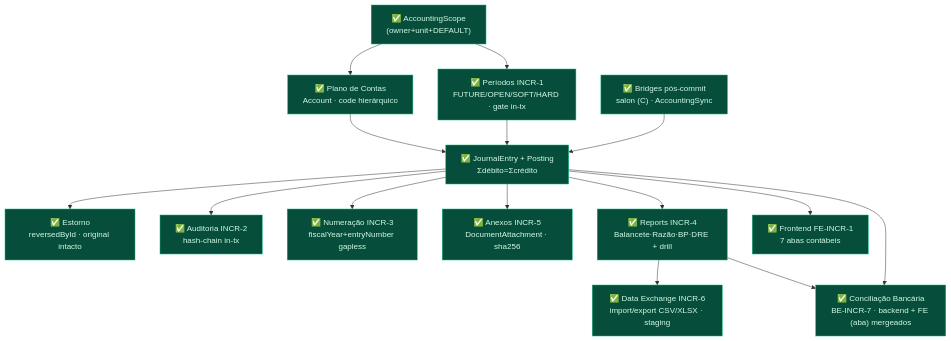
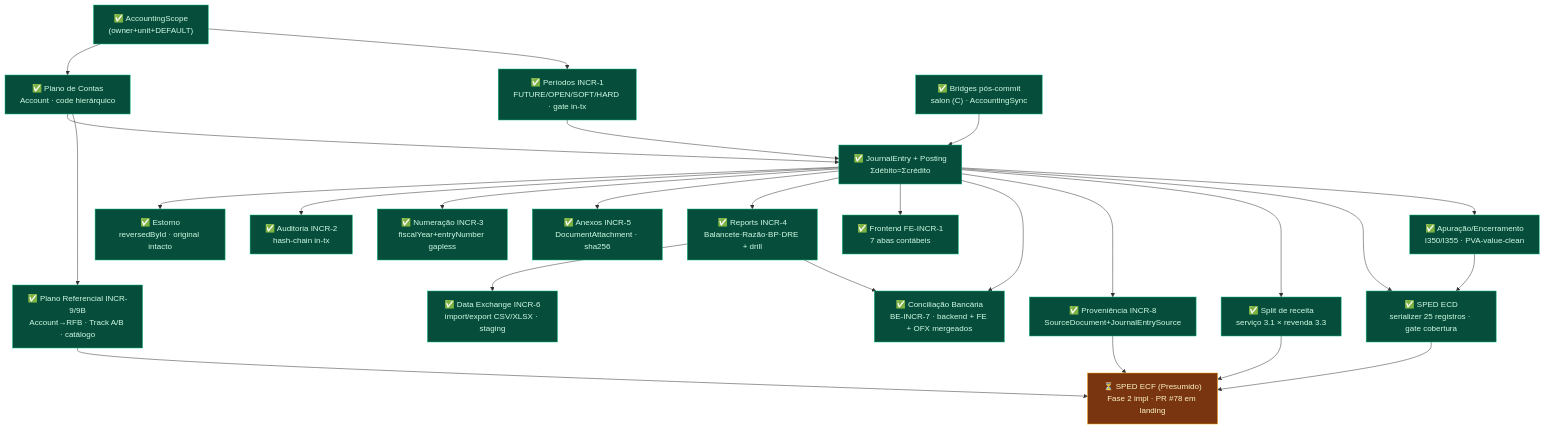
The diagram in docs/accounting/ACCOUNTING-MASTER-MAP.md (web3br1/luminaristest), drawn with Mermaid before and after one commit. The commit also changed other lines of this file, not shown here.

First line of the commit message:
docs(accounting): reconciliar master map com main (ECD/Apuração/Split/9B) + skill-audit

````diff
--- a/docs/accounting/ACCOUNTING-MASTER-MAP.md
+++ b/docs/accounting/ACCOUNTING-MASTER-MAP.md
@@ -41,32 +43,48 @@
 ```mermaid
 flowchart TD
     classDef done fill:#064e3b,stroke:#10b981,color:#d1fae5;
     classDef wip fill:#78350f,stroke:#f59e0b,color:#fef3c7;
 
     A["✅ AccountingScope<br/>(owner+unit+DEFAULT)"]:::done
     B["✅ Plano de Contas<br/>Account · code hierárquico"]:::done
     C["✅ Períodos INCR-1<br/>FUTURE/OPEN/SOFT/HARD · gate in-tx"]:::done
     D["✅ JournalEntry + Posting<br/>Σdébito=Σcrédito"]:::done
     F["✅ Estorno<br/>reversedById · original intacto"]:::done
     G["✅ Auditoria INCR-2<br/>hash-chain in-tx"]:::done
     H["✅ Numeração INCR-3<br/>fiscalYear+entryNumber gapless"]:::done
     I["✅ Anexos INCR-5<br/>DocumentAttachment · sha256"]:::done
     R["✅ Reports INCR-4<br/>Balancete·Razão·BP·DRE + drill"]:::done
     X["✅ Data Exchange INCR-6<br/>import/export CSV/XLSX · staging"]:::done
     FE["✅ Frontend FE-INCR-1<br/>7 abas contábeis"]:::done
     BR["✅ Bridges pós-commit<br/>salon (C) · AccountingSync"]:::done
-    T["✅ Conciliação Bancária<br/>BE-INCR-7 · backend + FE (aba) mergeados"]:::done
+    T["✅ Conciliação Bancária<br/>BE-INCR-7 · backend + FE + OFX mergeados"]:::done
+    SD["✅ Proveniência INCR-8<br/>SourceDocument+JournalEntrySource"]:::done
+    REF["✅ Plano Referencial INCR-9/9B<br/>Account→RFB · Track A/B · catálogo"]:::done
+    RS["✅ Split de receita<br/>serviço 3.1 × revenda 3.3"]:::done
+    ECD["✅ SPED ECD<br/>serializer 25 registros · gate cobertura"]:::done
+    AP["✅ Apuração/Encerramento<br/>I350/I355 · PVA-value-clean"]:::done
+    ECF["⏳ SPED ECF (Presumido)<br/>Fase 2 impl · PR #78 em landing"]:::wip
 
     A --> B --> D
     A --> C --> D
     D --> F
     D --> G
     D --> H
     D --> I
     D --> R
     R --> X
     D --> FE
     BR --> D
     R --> T
     D --> T
+    D --> SD
+    B --> REF
+    D --> RS
+    D --> ECD
+    D --> AP
+    AP --> ECD
+    RS --> ECF
+    REF --> ECF
+    SD --> ECF
+    ECD --> ECF
 ```
````
